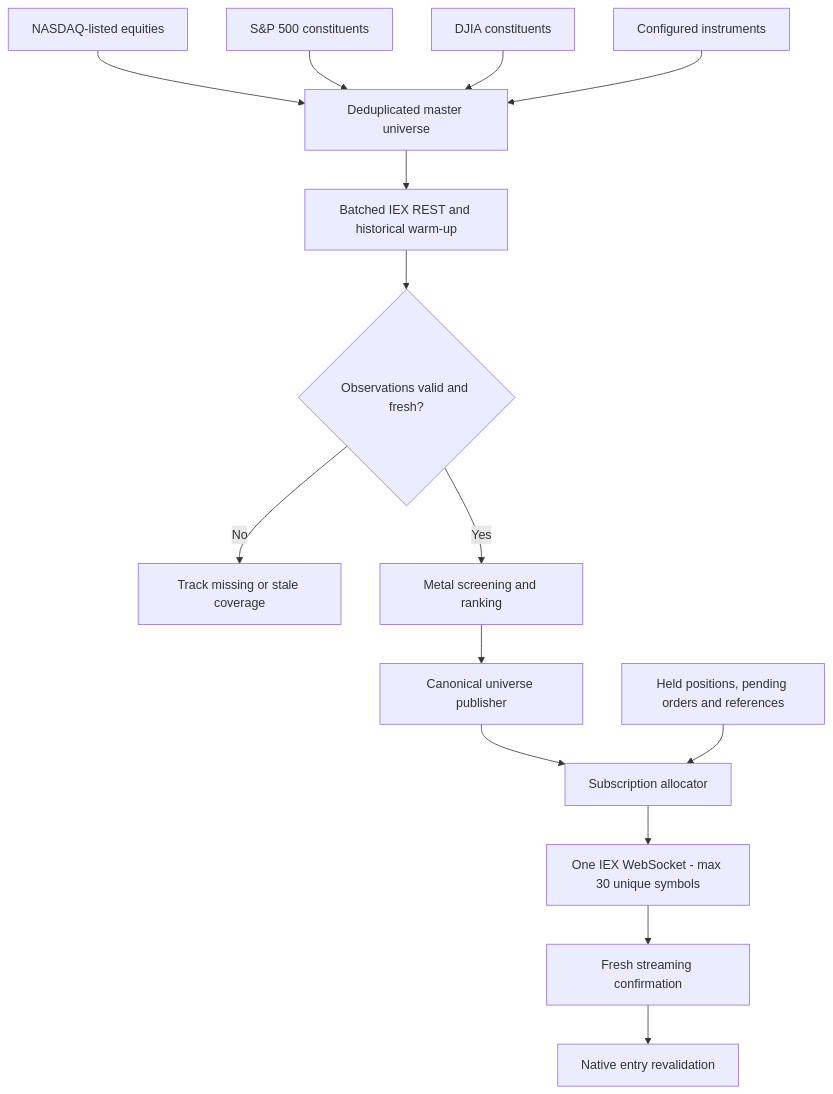
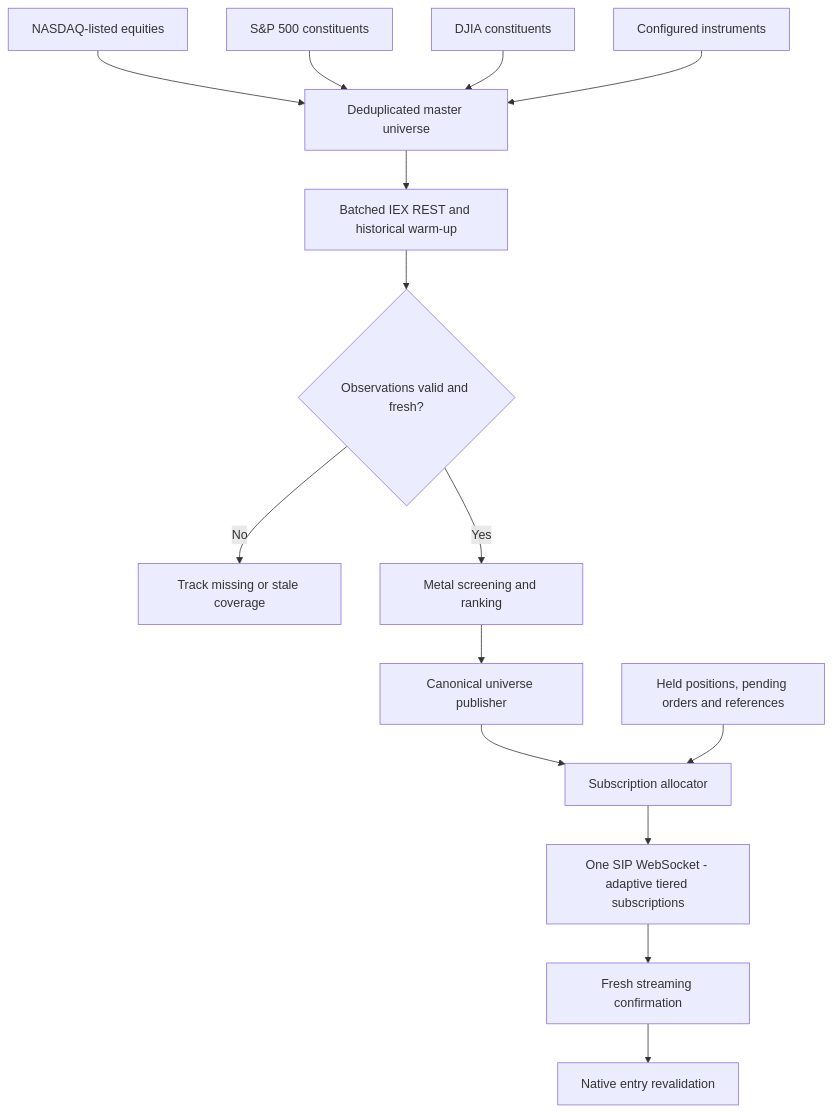
The third of 13 diagrams in README.md (blkpvnthr/C-Engine), drawn with Mermaid before and after one commit. The commit also changed other lines of this file and 3 other files, not shown here.

````diff
--- a/README.md
+++ b/README.md
@@ -91,17 +102,17 @@
 ```mermaid
 flowchart TD
     N[NASDAQ-listed equities] --> U[Deduplicated master universe]
     S[S&P 500 constituents] --> U
     D[DJIA constituents] --> U
     C[Configured instruments] --> U
     U --> R[Batched IEX REST and historical warm-up]
     R --> V{Observations valid and fresh?}
     V -->|No| W[Track missing or stale coverage]
     V -->|Yes| G[Metal screening and ranking]
     G --> M[Canonical universe publisher]
     M --> A[Subscription allocator]
     P[Held positions, pending orders and references] --> A
-    A --> B[One IEX WebSocket - max 30 unique symbols]
+    A --> B[One SIP WebSocket - adaptive tiered subscriptions]
     B --> F[Fresh streaming confirmation]
     F --> X[Native entry revalidation]
 ```
````
